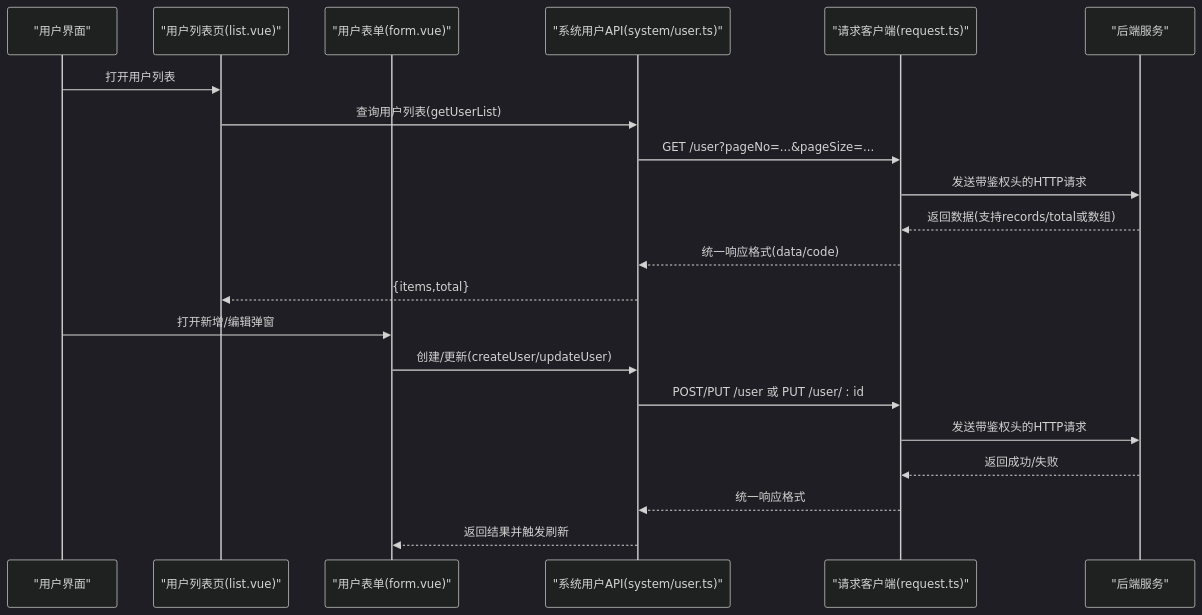
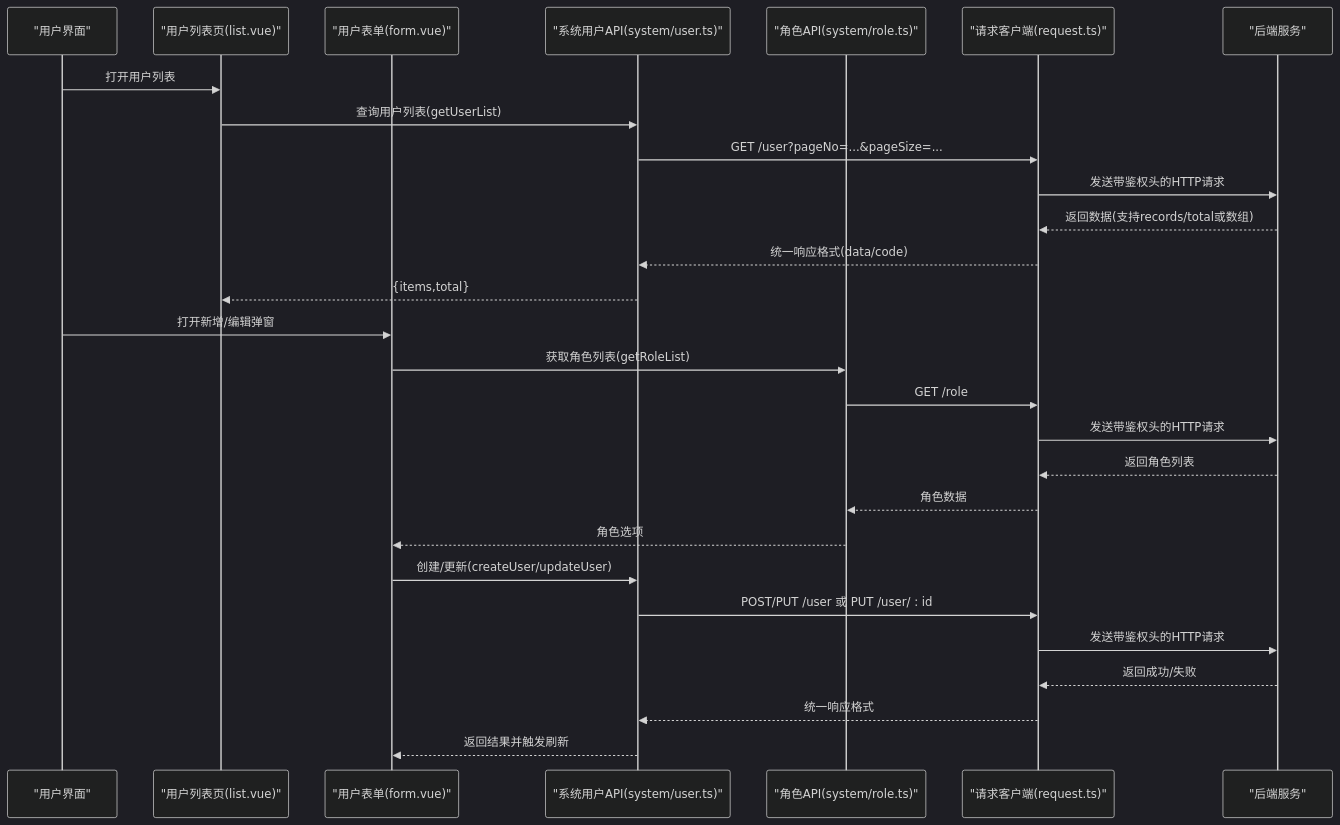
The second of 5 diagrams in .qoder/repowiki/zh/content/API 通信层/API 模块组织/系统管理 API 模块/用户管理 API.md (ShiRuYu/shiyu-ui), drawn with Mermaid (dark theme) before and after one commit. The commit also changed other lines of this file and 37 other files, not shown here.

````diff
--- a/.qoder/repowiki/zh/content/API 通信层/API 模块组织/系统管理 API 模块/用户管理 API.md
+++ b/.qoder/repowiki/zh/content/API 通信层/API 模块组织/系统管理 API 模块/用户管理 API.md
@@ -115,23 +146,30 @@
 ```mermaid
 sequenceDiagram
 participant U as "用户界面"
 participant L as "用户列表页(list.vue)"
 participant F as "用户表单(form.vue)"
 participant API as "系统用户API(system/user.ts)"
+participant ROLE_API as "角色API(system/role.ts)"
 participant REQ as "请求客户端(request.ts)"
 participant S as "后端服务"
 U->>L : 打开用户列表
 L->>API : 查询用户列表(getUserList)
 API->>REQ : GET /user?pageNo=...&pageSize=...
 REQ->>S : 发送带鉴权头的HTTP请求
 S-->>REQ : 返回数据(支持records/total或数组)
 REQ-->>API : 统一响应格式(data/code)
 API-->>L : {items,total}
 U->>F : 打开新增/编辑弹窗
+F->>ROLE_API : 获取角色列表(getRoleList)
+ROLE_API->>REQ : GET /role
+REQ->>S : 发送带鉴权头的HTTP请求
+S-->>REQ : 返回角色列表
+REQ-->>ROLE_API : 角色数据
+ROLE_API-->>F : 角色选项
 F->>API : 创建/更新(createUser/updateUser)
 API->>REQ : POST/PUT /user 或 PUT /user/ : id
 REQ->>S : 发送带鉴权头的HTTP请求
 S-->>REQ : 返回成功/失败
 REQ-->>API : 统一响应格式
 API-->>F : 返回结果并触发刷新
 ```
````
